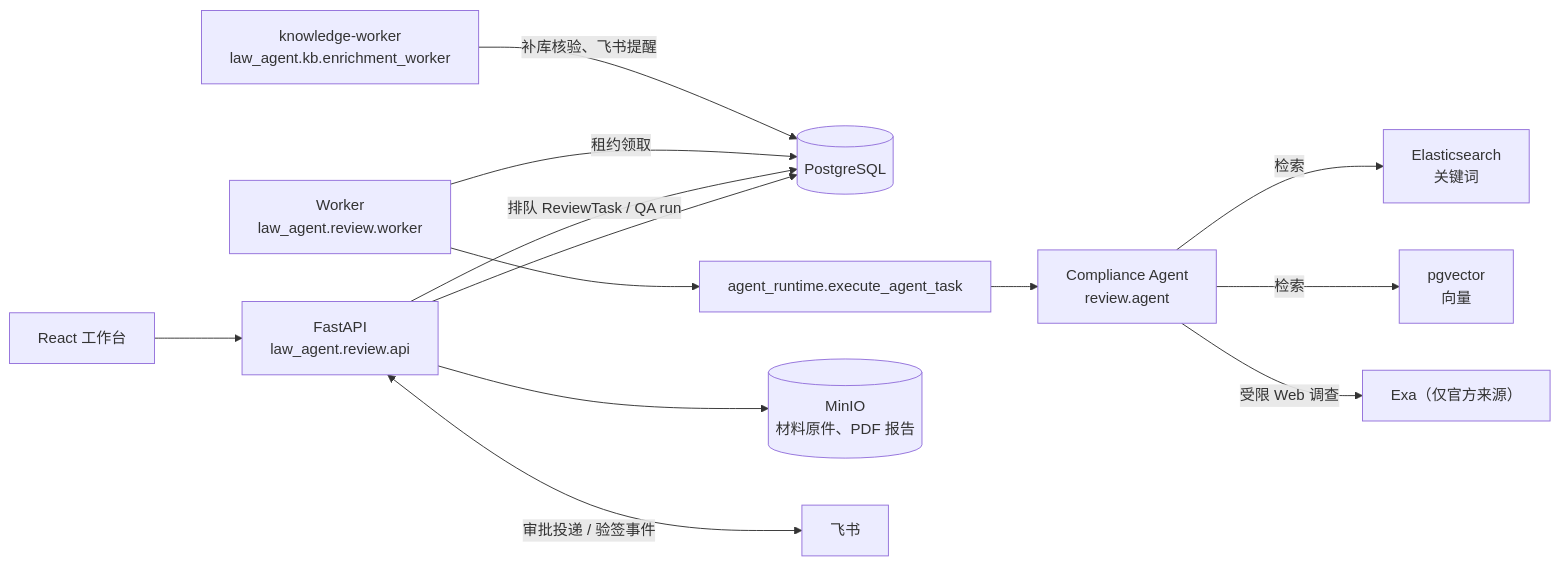
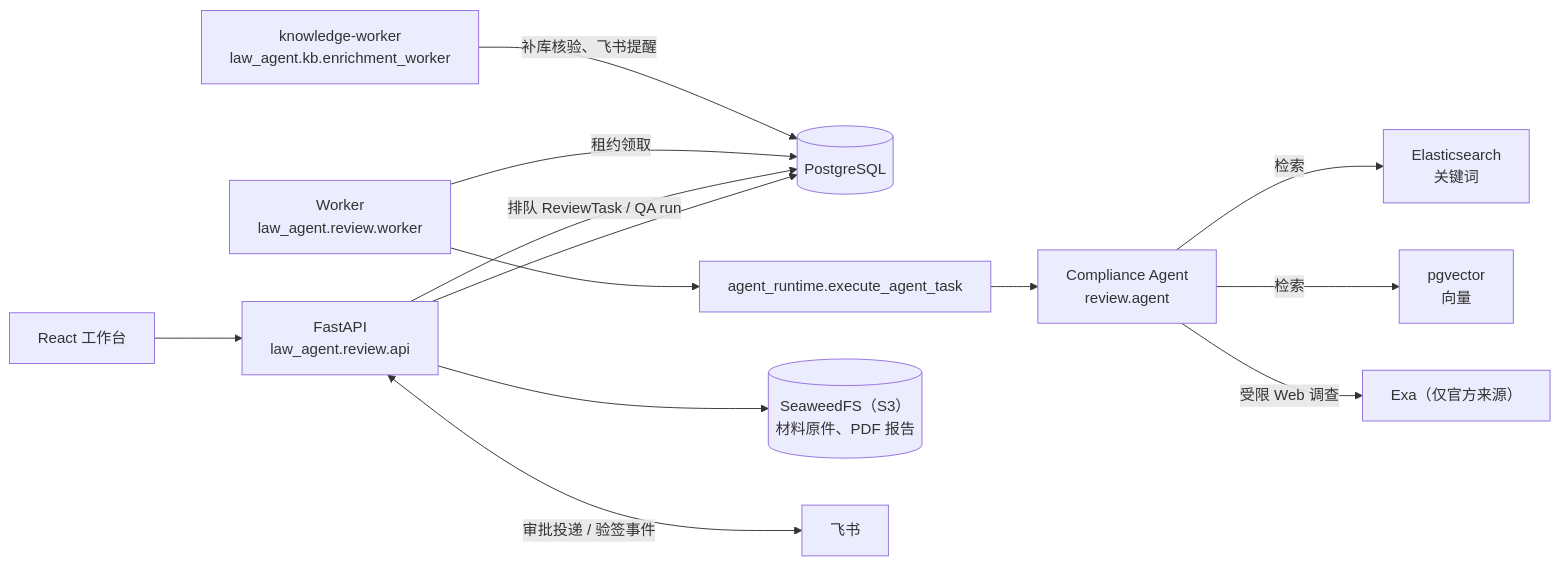
Before and after one commit to raydemo1/crosscomply-agent: the diagram in docs/architecture.md, drawn with Mermaid. The commit also changed other lines of this file and 87 other files, not shown here.

````diff
--- a/docs/architecture.md
+++ b/docs/architecture.md
@@ -13,15 +13,15 @@
 ```mermaid
 flowchart LR
     UI["React 工作台"] --> API["FastAPI<br/>law_agent.review.api"]
     API --> DB[("PostgreSQL")]
     API -->|排队 ReviewTask / QA run| DB
     W["Worker<br/>law_agent.review.worker"] -->|租约领取| DB
     W --> RT["agent_runtime.execute_agent_task"]
     RT --> AG["Compliance Agent<br/>review.agent"]
     AG -->|检索| ES["Elasticsearch<br/>关键词"]
     AG -->|检索| PGV["pgvector<br/>向量"]
     AG -->|受限 Web 调查| EXA["Exa（仅官方来源）"]
     KW["knowledge-worker<br/>law_agent.kb.enrichment_worker"] -->|补库核验、飞书提醒| DB
-    API --> S3[("MinIO<br/>材料原件、PDF 报告")]
+    API --> S3[("SeaweedFS（S3）<br/>材料原件、PDF 报告")]
     API <-->|审批投递 / 验签事件| FS["飞书"]
 ```
````
